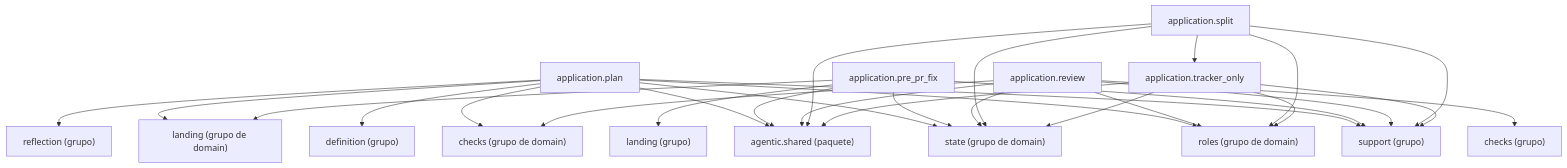
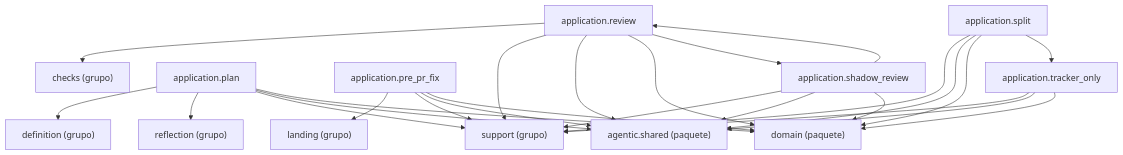
Before and after one commit to GonzaloZevallos/agentic-system: the diagram in docs/architecture/generated/packages-process-application-build-2.md, drawn with Mermaid. The commit also changed other lines of this file and 14 other files, not shown here.

````diff
--- a/docs/architecture/generated/packages-process-application-build-2.md
+++ b/docs/architecture/generated/packages-process-application-build-2.md
@@ -16,46 +16,41 @@
 ```mermaid
 graph TD
     g_application__checks["checks (grupo)"]
     g_application__definition["definition (grupo)"]
     g_application__landing["landing (grupo)"]
     g_application__reflection["reflection (grupo)"]
     g_application__support["support (grupo)"]
-    g_domain__checks["checks (grupo de domain)"]
-    g_domain__landing["landing (grupo de domain)"]
-    g_domain__roles["roles (grupo de domain)"]
-    g_domain__state["state (grupo de domain)"]
     g_pkg__agentic__shared["agentic.shared (paquete)"]
+    g_pkg__domain["domain (paquete)"]
     m_application__plan["application.plan"]
     m_application__pre_pr_fix["application.pre_pr_fix"]
     m_application__review["application.review"]
+    m_application__shadow_review["application.shadow_review"]
     m_application__split["application.split"]
     m_application__tracker_only["application.tracker_only"]
     m_application__plan --> g_application__definition
     m_application__plan --> g_application__reflection
     m_application__plan --> g_application__support
-    m_application__plan --> g_domain__checks
-    m_application__plan --> g_domain__landing
-    m_application__plan --> g_domain__roles
-    m_application__plan --> g_domain__state
     m_application__plan --> g_pkg__agentic__shared
+    m_application__plan --> g_pkg__domain
     m_application__pre_pr_fix --> g_application__landing
     m_application__pre_pr_fix --> g_application__support
-    m_application__pre_pr_fix --> g_domain__landing
-    m_application__pre_pr_fix --> g_domain__state
     m_application__pre_pr_fix --> g_pkg__agentic__shared
+    m_application__pre_pr_fix --> g_pkg__domain
     m_application__review --> g_application__checks
     m_application__review --> g_application__support
-    m_application__review --> g_domain__checks
-    m_application__review --> g_domain__roles
-    m_application__review --> g_domain__state
     m_application__review --> g_pkg__agentic__shared
+    m_application__review --> g_pkg__domain
+    m_application__review --> m_application__shadow_review
+    m_application__shadow_review --> g_application__support
+    m_application__shadow_review --> g_pkg__agentic__shared
+    m_application__shadow_review --> g_pkg__domain
+    m_application__shadow_review --> m_application__review
     m_application__split --> g_application__support
-    m_application__split --> g_domain__roles
-    m_application__split --> g_domain__state
     m_application__split --> g_pkg__agentic__shared
+    m_application__split --> g_pkg__domain
     m_application__split --> m_application__tracker_only
     m_application__tracker_only --> g_application__support
-    m_application__tracker_only --> g_domain__roles
-    m_application__tracker_only --> g_domain__state
     m_application__tracker_only --> g_pkg__agentic__shared
+    m_application__tracker_only --> g_pkg__domain
 ```
````
